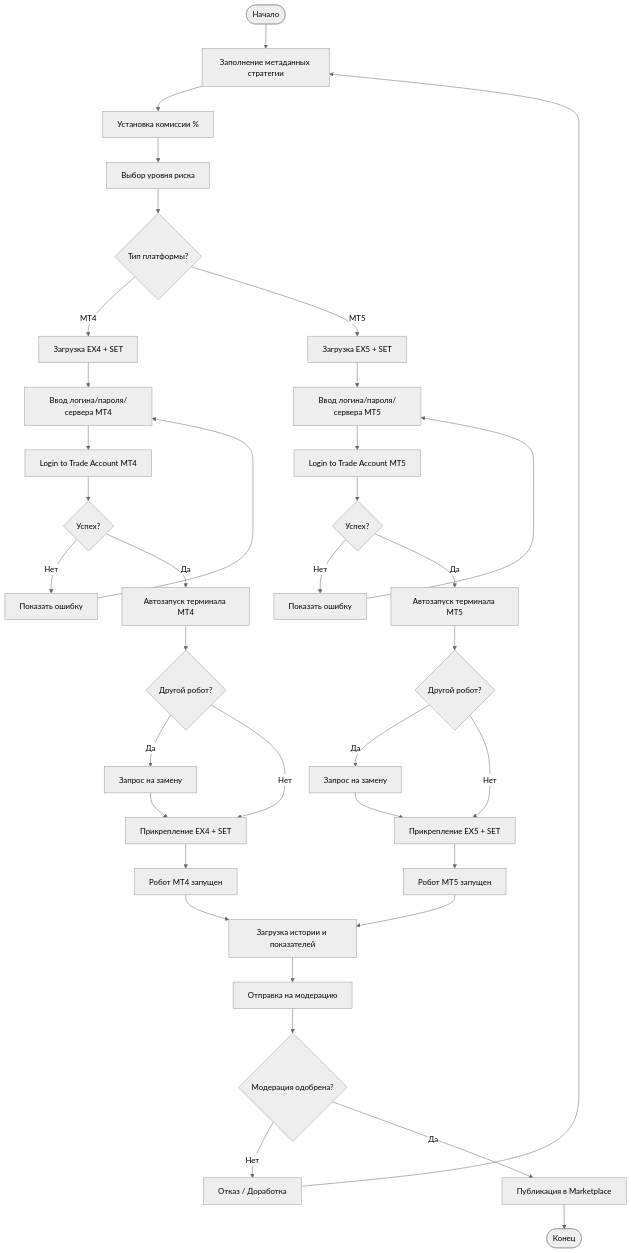
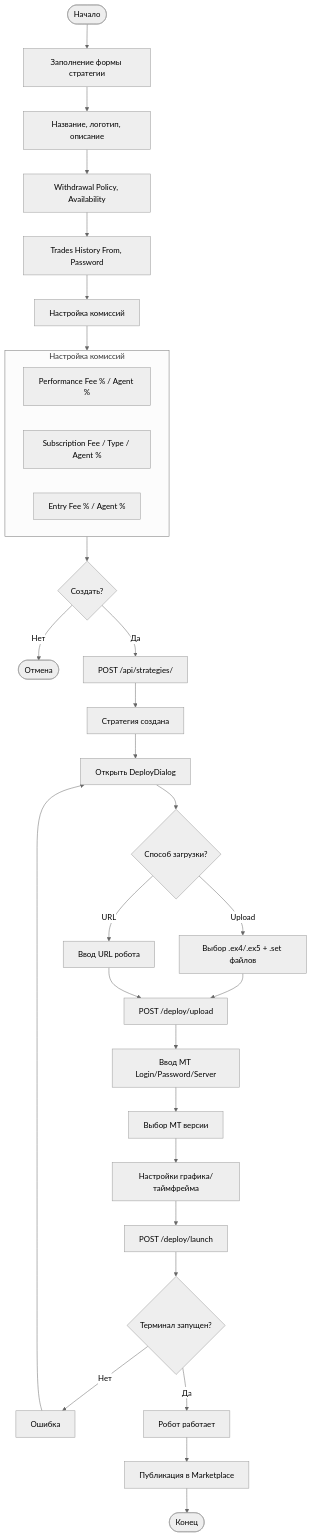
Before and after one commit to MatveiV/TradingRobotMarketplace: the second of 11 diagrams in TRM_SRS.md, drawn with Mermaid (neutral theme). The commit also changed other lines of this file and 109 other files, not shown here.

First line of the commit message:
v4.0: standalone marketplace app with full fee system, pagination, and v4.0 SRS

````diff
--- a/TRM_SRS.md
+++ b/TRM_SRS.md
@@ -245,50 +244,39 @@
 ```mermaid
 flowchart TD
-    START([Начало]) --> A[Заполнение метаданных стратегии]
-    A --> A1[Установка комиссии %]
-    A1 --> A2[Выбор уровня риска]
-    A2 --> B{Тип платформы?}
-    
-    B -->|MT4| C[Загрузка EX4 + SET]
-    B -->|MT5| C5[Загрузка EX5 + SET]
-    
-    C --> D[Ввод логина/пароля/сервера MT4]
-    C5 --> D5[Ввод логина/пароля/сервера MT5]
-    
-    D --> E[Login to Trade Account MT4]
-    D5 --> E5[Login to Trade Account MT5]
-    
-    E --> E_CHECK{Успех?}
-    E5 --> E_CHECK5{Успех?}
-    
-    E_CHECK -->|Нет| E_ERR[Показать ошибку]
-    E_CHECK5 -->|Нет| E_ERR5[Показать ошибку]
-    E_ERR --> D
-    E_ERR5 --> D5
-    
-    E_CHECK -->|Да| F[Автозапуск терминала MT4]
-    E_CHECK5 -->|Да| F5[Автозапуск терминала MT5]
-    
-    F --> G{Другой робот?}
-    F5 --> G5{Другой робот?}
-    
-    G -->|Да| G_CONF[Запрос на замену]
-    G5 -->|Да| G_CONF5[Запрос на замену]
-    G_CONF --> H
-    G_CONF5 --> H5
-    G -->|Нет| H[Прикрепление EX4 + SET]
-    G5 -->|Нет| H5[Прикрепление EX5 + SET]
-    
-    H --> I[Робот MT4 запущен]
-    H5 --> I5[Робот MT5 запущен]
-    
-    I --> J[Загрузка истории и показателей]
-    I5 --> J
-    
-    J --> K[Отправка на модерацию]
-    K --> L{Модерация одобрена?}
-    L -->|Нет| M[Отказ / Доработка]
-    M --> A
-    L -->|Да| N[Публикация в Marketplace]
-    N --> END([Конец])
+    START([Начало]) --> A[Заполнение формы стратегии]
+    A --> A1[Название, логотип, описание]
+    A1 --> A2[Withdrawal Policy, Availability]
+    A2 --> A3[Trades History From, Password]
+    A3 --> A4[Настройка комиссий]
+
+    subgraph Fees[Настройка комиссий]
+        F1[Performance Fee % / Agent %]
+        F2[Subscription Fee / Type / Agent %]
+        F3[Entry Fee % / Agent %]
+    end
+
+    A4 --> Fees
+    Fees --> B{Создать?}
+    B -->|Нет| CANCEL([Отмена])
+    B -->|Да| C[POST /api/strategies/]
+    C --> D[Стратегия создана]
+
+    D --> E[Открыть DeployDialog]
+    E --> F{Способ загрузки?}
+    F -->|Upload| F1a[Выбор .ex4/.ex5 + .set файлов]
+    F -->|URL| F1b[Ввод URL робота]
+    F1a --> G[POST /deploy/upload]
+    F1b --> G
+
+    G --> H[Ввод MT Login/Password/Server]
+    H --> H1[Выбор MT версии]
+    H1 --> H2[Настройки графика/таймфрейма]
+    H2 --> I[POST /deploy/launch]
+
+    I --> J{Терминал запущен?}
+    J -->|Нет| J_ERR[Ошибка]
+    J_ERR --> E
+    J -->|Да| K[Робот работает]
+    K --> L[Публикация в Marketplace]
+    L --> END([Конец])
 ```
````
